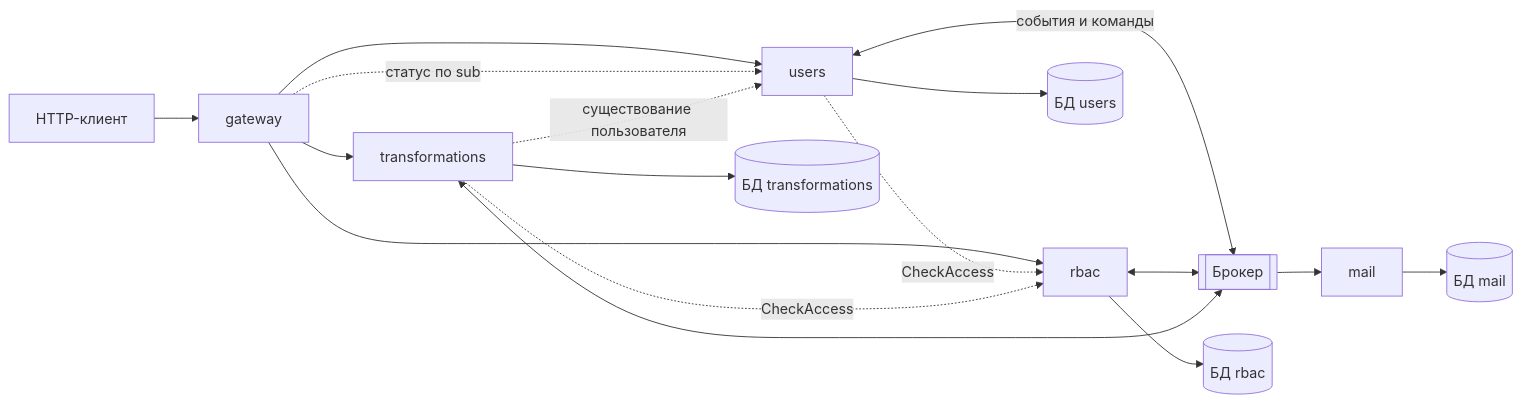
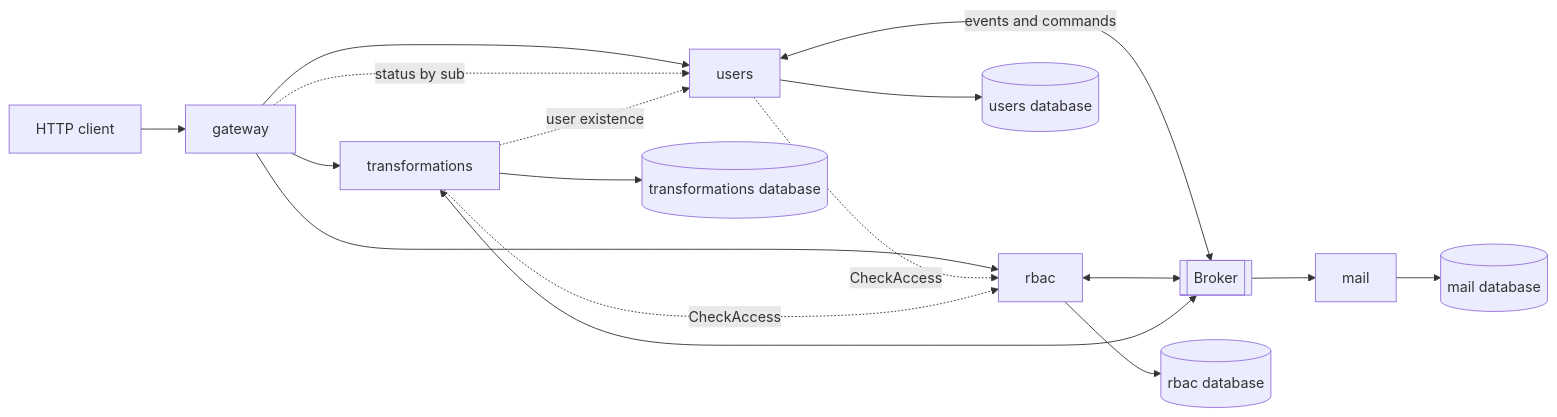
One commit to pavel-skripko-innowise/inno-fe-be-a1 changed the fourth of 4 diagrams in courses-content/backend/B/1/en/0.1 Декомпозиция на микросервисы.md. Above: the diagram before and after it, drawn with Mermaid. The commit also changed other lines of this file and 35 other files, not shown here.

````diff
--- a/courses-content/backend/B/1/en/0.1 Декомпозиция на микросервисы.md
+++ b/courses-content/backend/B/1/en/0.1 Декомпозиция на микросервисы.md
@@ -182,19 +182,19 @@
 ```mermaid
 flowchart LR
-  Client[HTTP-клиент] --> Gateway[gateway]
+  Client[HTTP client] --> Gateway[gateway]
   Gateway --> Users[users]
   Gateway --> Rbac[rbac]
   Gateway --> Transform[transformations]
-  Gateway -.->|статус по sub| Users
+  Gateway -.->|status by sub| Users
   Users -.->|CheckAccess| Rbac
   Transform -.->|CheckAccess| Rbac
-  Transform -.->|существование пользователя| Users
-  Users <-->|события и команды| Broker[[Брокер]]
+  Transform -.->|user existence| Users
+  Users <-->|events and commands| Broker[[Broker]]
   Rbac <--> Broker
   Transform <--> Broker
   Broker --> Mail[mail]
-  Users --> UsersDb[(БД users)]
-  Rbac --> RbacDb[(БД rbac)]
-  Transform --> TransformDb[(БД transformations)]
-  Mail --> MailDb[(БД mail)]
+  Users --> UsersDb[(users database)]
+  Rbac --> RbacDb[(rbac database)]
+  Transform --> TransformDb[(transformations database)]
+  Mail --> MailDb[(mail database)]
 ```
````
